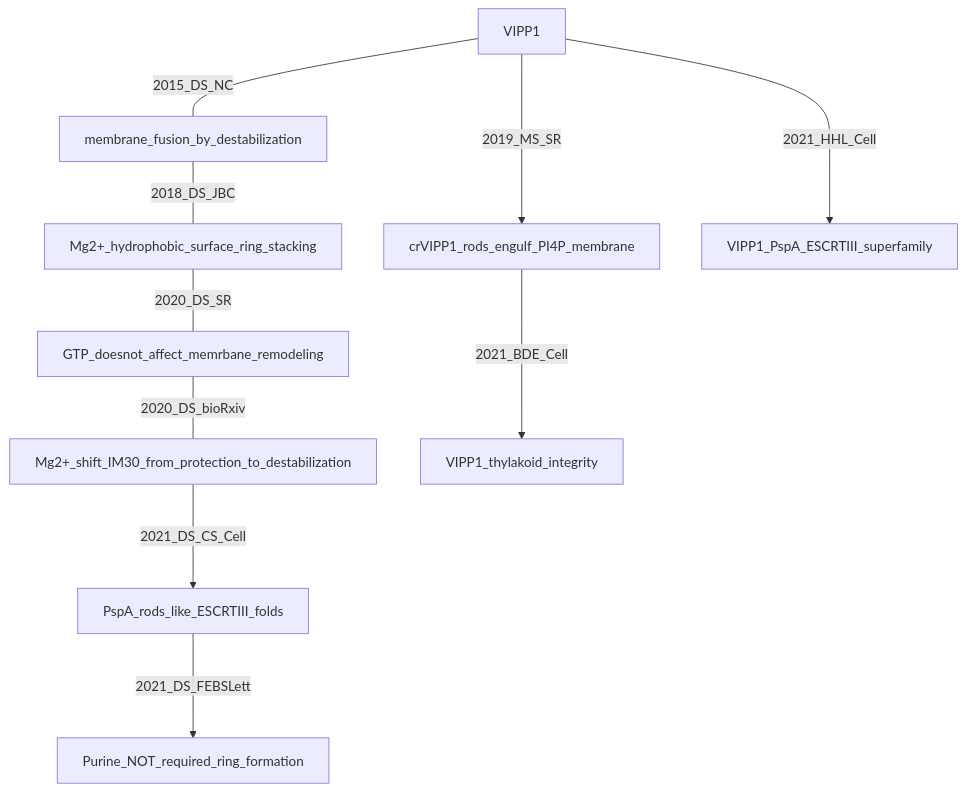
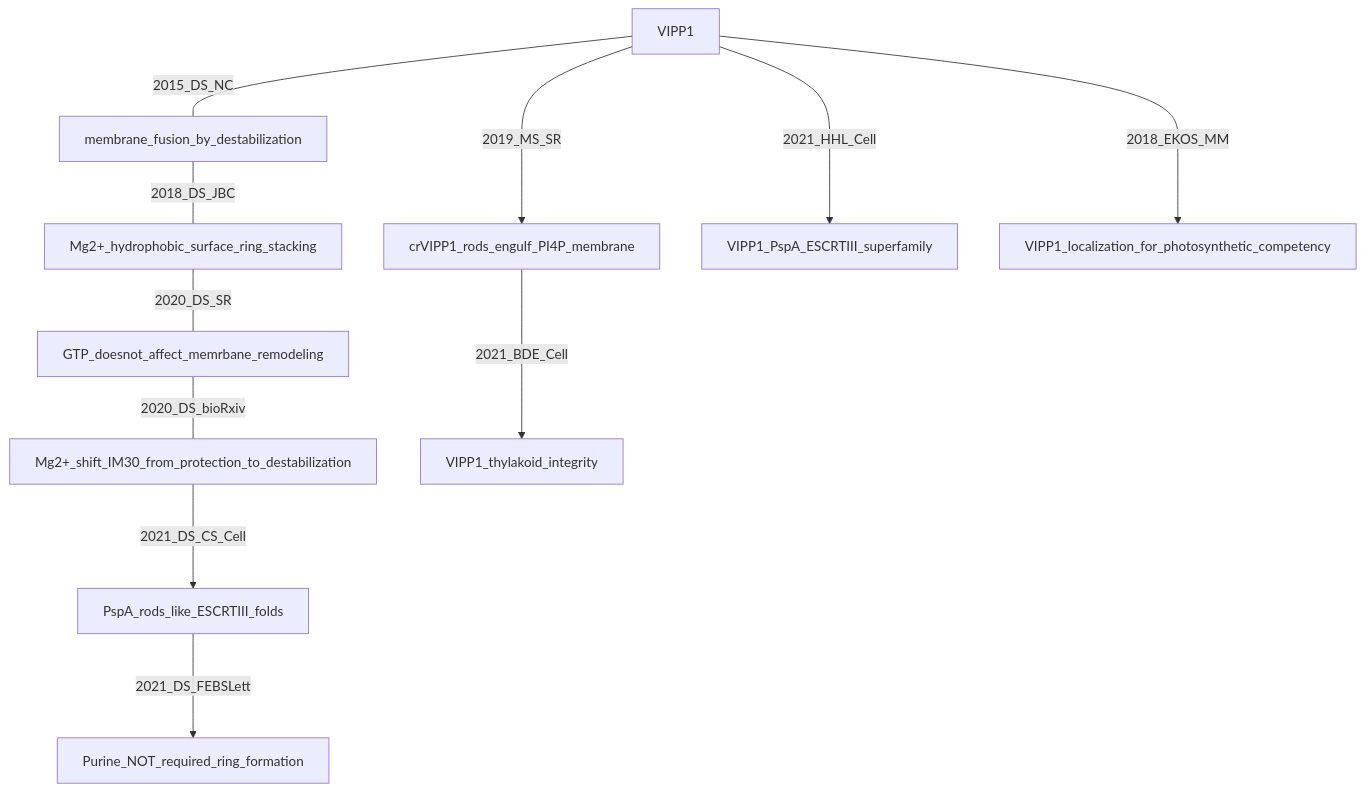
The first of 11 diagrams in source/resources/mindmap/VIPP1.md (psichen/psichen.github.io), drawn with Mermaid before and after one commit. The commit also changed other lines of this file and 3 other files, not shown here.

````diff
--- a/source/resources/mindmap/VIPP1.md
+++ b/source/resources/mindmap/VIPP1.md
@@ -3,25 +3,28 @@
 ```mermaid
 flowchart TB
 
 VIPP1 --- |2015_DS_NC| membrane_fusion_by_destabilization
 membrane_fusion_by_destabilization --- |2018_DS_JBC| Mg2+_hydrophobic_surface_ring_stacking
 Mg2+_hydrophobic_surface_ring_stacking --- |2020_DS_SR| GTP_doesnot_affect_memrbane_remodeling
 GTP_doesnot_affect_memrbane_remodeling --- |2020_DS_bioRxiv| Mg2+_shift_IM30_from_protection_to_destabilization
 Mg2+_shift_IM30_from_protection_to_destabilization ---> |2021_DS_CS_Cell| PspA_rods_like_ESCRTIII_folds
 PspA_rods_like_ESCRTIII_folds ---> |2021_DS_FEBSLett| Purine_NOT_required_ring_formation
 
 VIPP1 ---> |2019_MS_SR| crVIPP1_rods_engulf_PI4P_membrane
 crVIPP1_rods_engulf_PI4P_membrane ---> |2021_BDE_Cell| VIPP1_thylakoid_integrity
 
 VIPP1 ---> |2021_HHL_Cell| VIPP1_PspA_ESCRTIII_superfamily
 
+VIPP1 ---> |2018_EKOS_MM| VIPP1_localization_for_photosynthetic_competency
+
 click membrane_fusion_by_destabilization href "./VIPP1#ds_nc" _self
 click Mg2+_hydrophobic_surface_ring_stacking href "./VIPP1#ds_jbc" _self
 click GTP_doesnot_affect_memrbane_remodeling href "./VIPP1#ds_sr" _self
 click Mg2+_shift_IM30_from_protection_to_destabilization href "./VIPP1#ds_biorxiv" _self
 click PspA_rods_like_ESCRTIII_folds href "./VIPP1#ds_cs_cell" _self
 click Purine_NOT_required_ring_formation href "./VIPP1#ds_febslett" _self
 click crVIPP1_rods_engulf_PI4P_membrane href "./VIPP1#ms_sr" _self
 click VIPP1_thylakoid_integrity href "./VIPP1#bde_cell" _self
 click VIPP1_PspA_ESCRTIII_superfamily href "./VIPP1#hhl_cell" _self
+click VIPP1_localization_for_photosynthetic_competency href "./VIPP1#ekos_mm" _self
 ```
````
